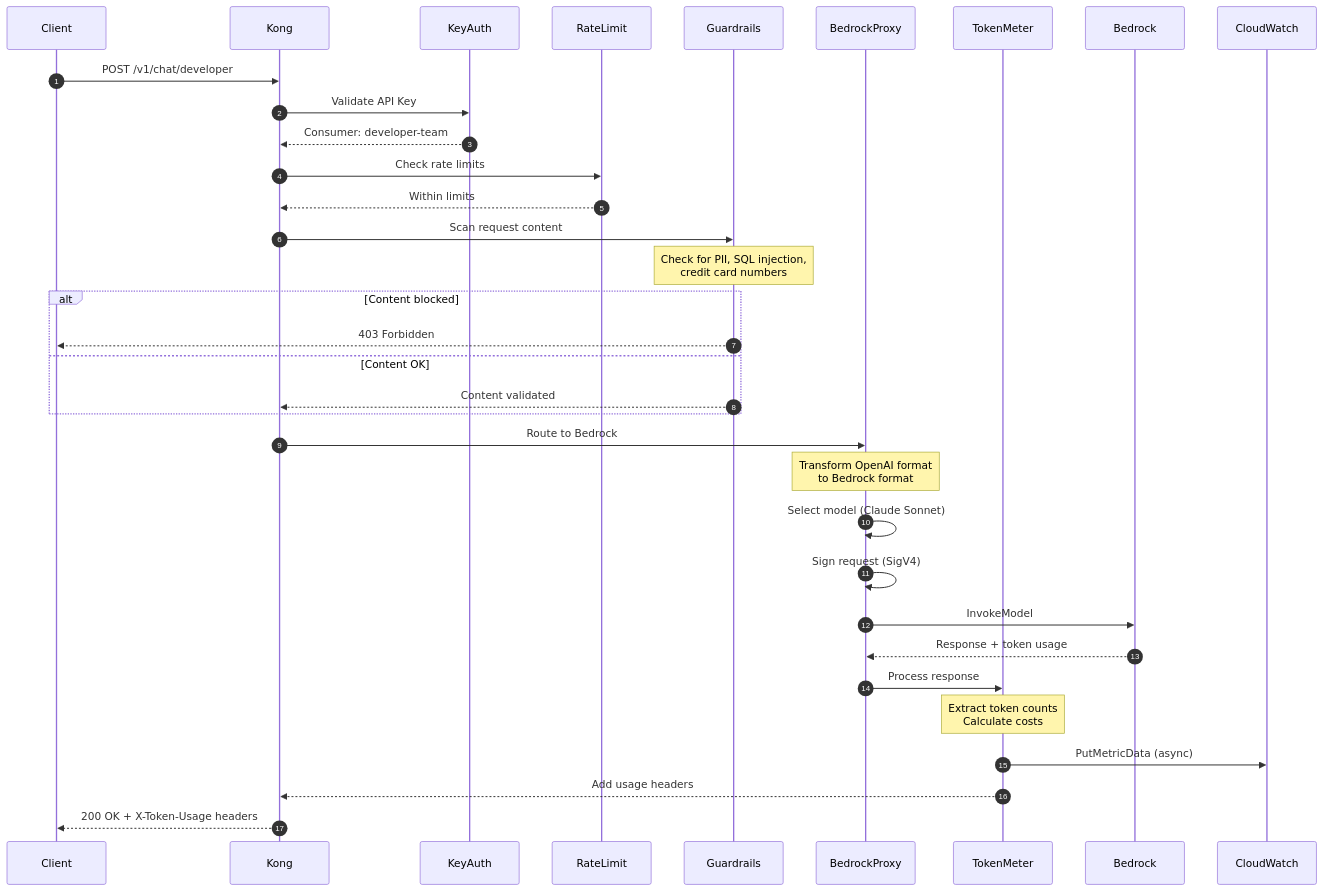
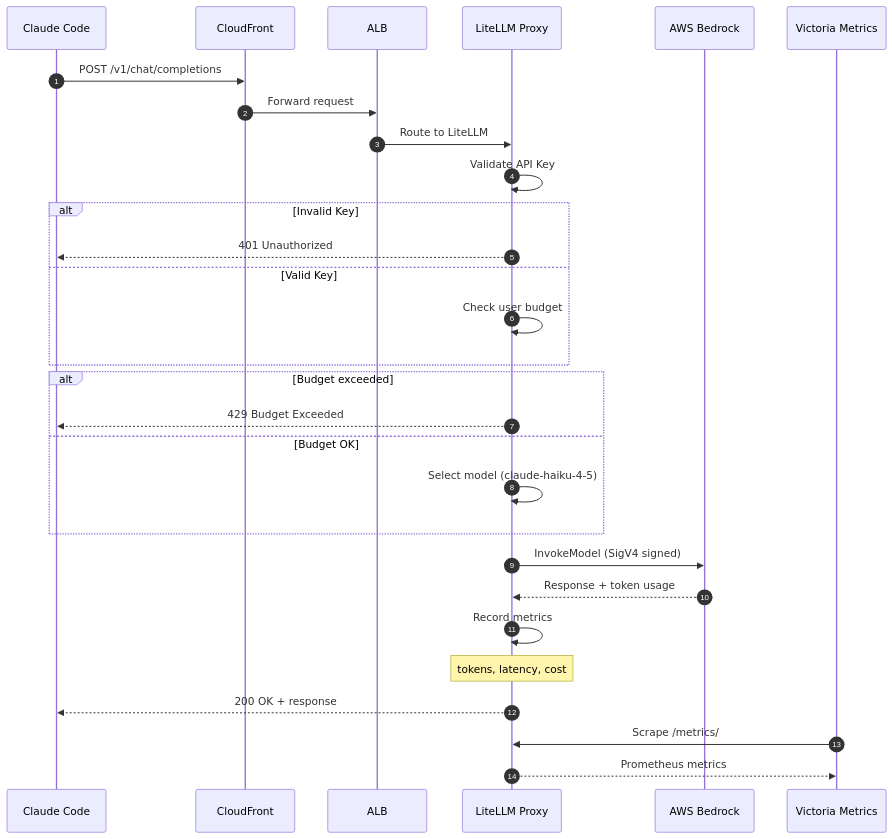
The fourth of 7 diagrams in docs/architecture/c4-architecture.md (lorenzogirardi/gw_llm), drawn with Mermaid before and after one commit. The commit also changed other lines of this file and 6 other files, not shown here.

First line of the commit message:
docs: update all documentation for LiteLLM architecture

````diff
--- a/docs/architecture/c4-architecture.md
+++ b/docs/architecture/c4-architecture.md
@@ -118,46 +97,39 @@
 ```mermaid
 sequenceDiagram
     autonumber
-    participant Client
-    participant Kong
-    participant KeyAuth
-    participant RateLimit
-    participant Guardrails
-    participant BedrockProxy
-    participant TokenMeter
-    participant Bedrock
-    participant CloudWatch
+    participant Client as Claude Code
+    participant CF as CloudFront
+    participant ALB as ALB
+    participant LiteLLM as LiteLLM Proxy
+    participant Bedrock as AWS Bedrock
+    participant VM as Victoria Metrics
 
-    Client->>Kong: POST /v1/chat/developer
-    Kong->>KeyAuth: Validate API Key
-    KeyAuth-->>Kong: Consumer: developer-team
+    Client->>CF: POST /v1/chat/completions
+    CF->>ALB: Forward request
+    ALB->>LiteLLM: Route to LiteLLM
 
-    Kong->>RateLimit: Check rate limits
-    RateLimit-->>Kong: Within limits
+    LiteLLM->>LiteLLM: Validate API Key
 
-    Kong->>Guardrails: Scan request content
-    Note over Guardrails: Check for PII, SQL injection,<br/>credit card numbers
-
-    alt Content blocked
-        Guardrails-->>Client: 403 Forbidden
-    else Content OK
-        Guardrails-->>Kong: Content validated
+    alt Invalid Key
+        LiteLLM-->>Client: 401 Unauthorized
+    else Valid Key
+        LiteLLM->>LiteLLM: Check user budget
     end
 
-    Kong->>BedrockProxy: Route to Bedrock
-    Note over BedrockProxy: Transform OpenAI format<br/>to Bedrock format
+    alt Budget exceeded
+        LiteLLM-->>Client: 429 Budget Exceeded
+    else Budget OK
+        LiteLLM->>LiteLLM: Select model (claude-haiku-4-5)
+    end
 
-    BedrockProxy->>BedrockProxy: Select model (Claude Sonnet)
-    BedrockProxy->>BedrockProxy: Sign request (SigV4)
+    LiteLLM->>Bedrock: InvokeModel (SigV4 signed)
+    Bedrock-->>LiteLLM: Response + token usage
 
-    BedrockProxy->>Bedrock: InvokeModel
-    Bedrock-->>BedrockProxy: Response + token usage
+    LiteLLM->>LiteLLM: Record metrics
+    Note over LiteLLM: tokens, latency, cost
 
-    BedrockProxy->>TokenMeter: Process response
-    Note over TokenMeter: Extract token counts<br/>Calculate costs
+    LiteLLM-->>Client: 200 OK + response
 
-    TokenMeter->>CloudWatch: PutMetricData (async)
-
-    TokenMeter-->>Kong: Add usage headers
-    Kong-->>Client: 200 OK + X-Token-Usage headers
+    VM->>LiteLLM: Scrape /metrics/
+    LiteLLM-->>VM: Prometheus metrics
 ```
````
